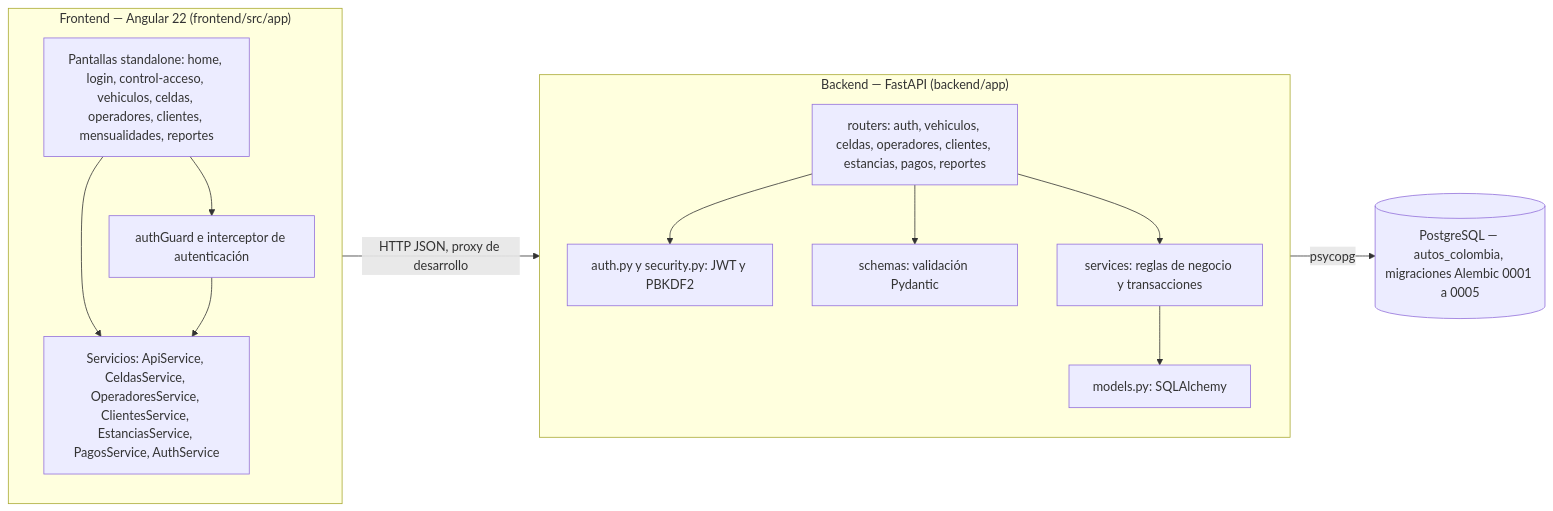
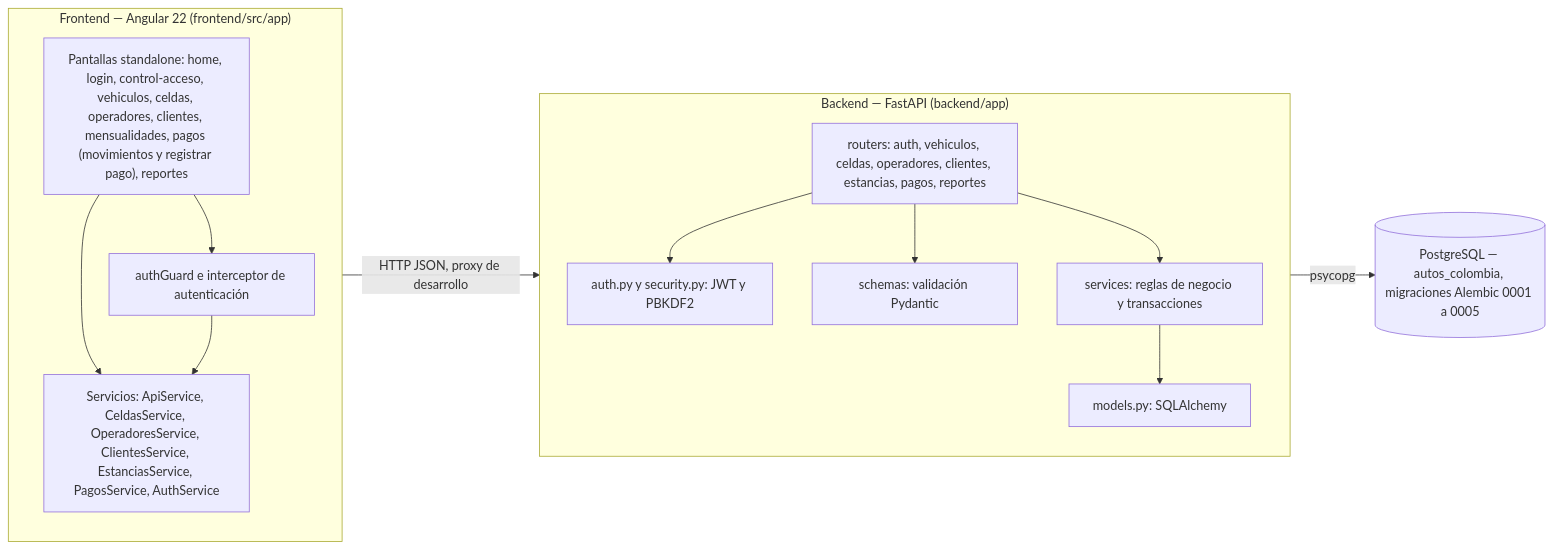
Diagram 14 of 14 in docs/04-diagramas.md (DanCarCo/AutosColombia), drawn with Mermaid before and after one commit. The commit also changed other lines of this file and 49 other files, not shown here.

First line of the commit message:
Completar la Iteración 3: casos de uso, componentes y pruebas de las pantallas de pagos

````diff
--- a/docs/04-diagramas.md
+++ b/docs/04-diagramas.md
@@ -478,27 +490,27 @@
 ```mermaid
 flowchart LR
     subgraph FE["Frontend — Angular 22 (frontend/src/app)"]
         direction TB
-        pantallas["Pantallas standalone: home, login, control-acceso, vehiculos, celdas, operadores, clientes, mensualidades, reportes"]
+        pantallas["Pantallas standalone: home, login, control-acceso, vehiculos, celdas, operadores, clientes, mensualidades, pagos (movimientos y registrar pago), reportes"]
         servicios["Servicios: ApiService, CeldasService, OperadoresService, ClientesService, EstanciasService, PagosService, AuthService"]
         seguridad["authGuard e interceptor de autenticación"]
         pantallas --> servicios
         pantallas --> seguridad
         seguridad --> servicios
     end
     subgraph BE["Backend — FastAPI (backend/app)"]
         direction TB
         routers["routers: auth, vehiculos, celdas, operadores, clientes, estancias, pagos, reportes"]
         auth["auth.py y security.py: JWT y PBKDF2"]
         services["services: reglas de negocio y transacciones"]
         schemas["schemas: validación Pydantic"]
         models["models.py: SQLAlchemy"]
         routers --> auth
         routers --> schemas
         routers --> services
         services --> models
     end
     DB[("PostgreSQL — autos_colombia, migraciones Alembic 0001 a 0005")]
     FE -- "HTTP JSON, proxy de desarrollo" --> BE
     models -- "psycopg" --> DB
 ```
````
